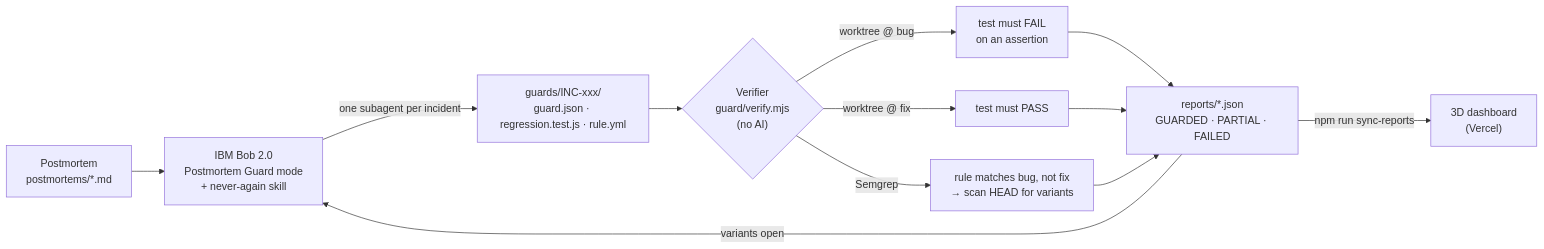
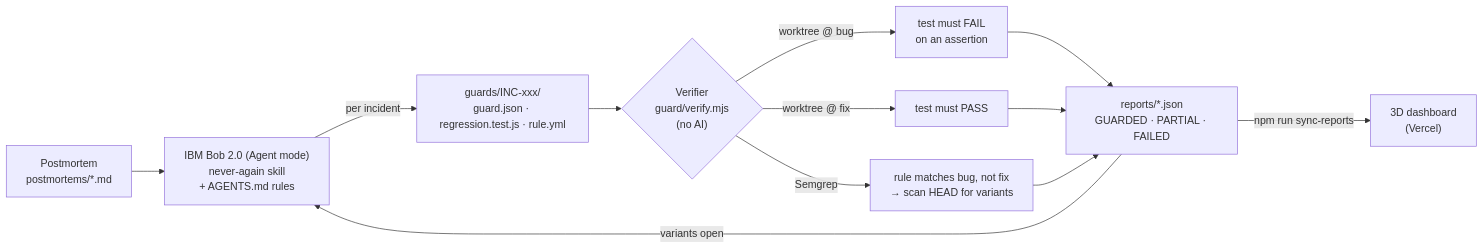
One commit to harshgitty58/never-again-guard changed the diagram in README.md. Above: the diagram before and after it, drawn with Mermaid. The commit also changed other lines of this file and 4 other files, not shown here.

````diff
--- a/README.md
+++ b/README.md
@@ -51,12 +51,12 @@
 ```mermaid
 flowchart LR
-    PM["Postmortem<br/>postmortems/*.md"] --> BOB["IBM Bob 2.0<br/>Postmortem Guard mode<br/>+ never-again skill"]
-    BOB -->|one subagent per incident| G["guards/INC-xxx/<br/>guard.json · regression.test.js · rule.yml"]
+    PM["Postmortem<br/>postmortems/*.md"] --> BOB["IBM Bob 2.0 (Agent mode)<br/>never-again skill<br/>+ AGENTS.md rules"]
+    BOB -->|per incident| G["guards/INC-xxx/<br/>guard.json · regression.test.js · rule.yml"]
     G --> V{"Verifier<br/>guard/verify.mjs<br/>(no AI)"}
     V -->|worktree @ bug| B["test must FAIL<br/>on an assertion"]
     V -->|worktree @ fix| F["test must PASS"]
     V -->|Semgrep| R["rule matches bug, not fix<br/>→ scan HEAD for variants"]
     B & F & R --> REP["reports/*.json<br/>GUARDED · PARTIAL · FAILED"]
     REP -->|variants open| BOB
     REP -->|npm run sync-reports| D["3D dashboard<br/>(Vercel)"]
 ```
````
